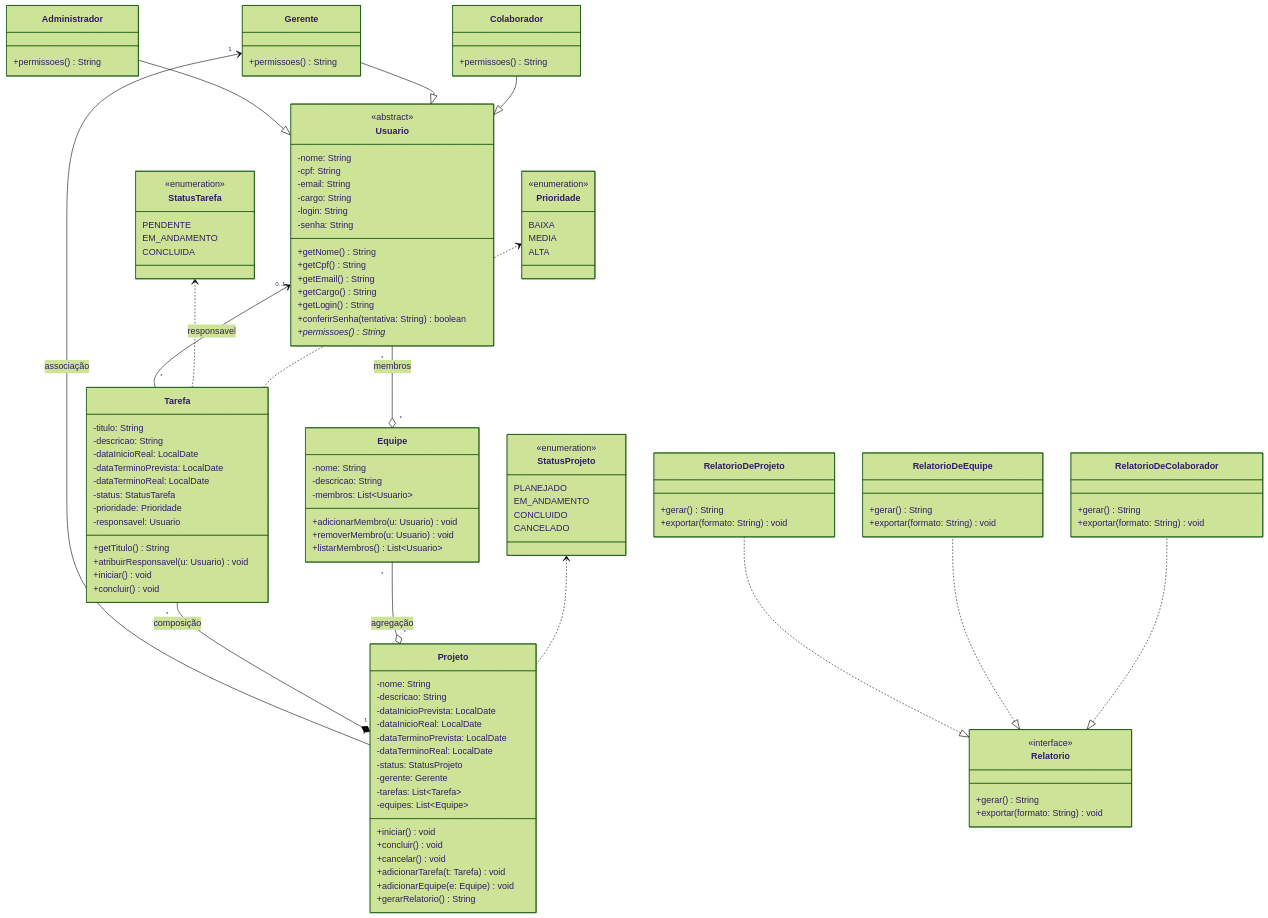
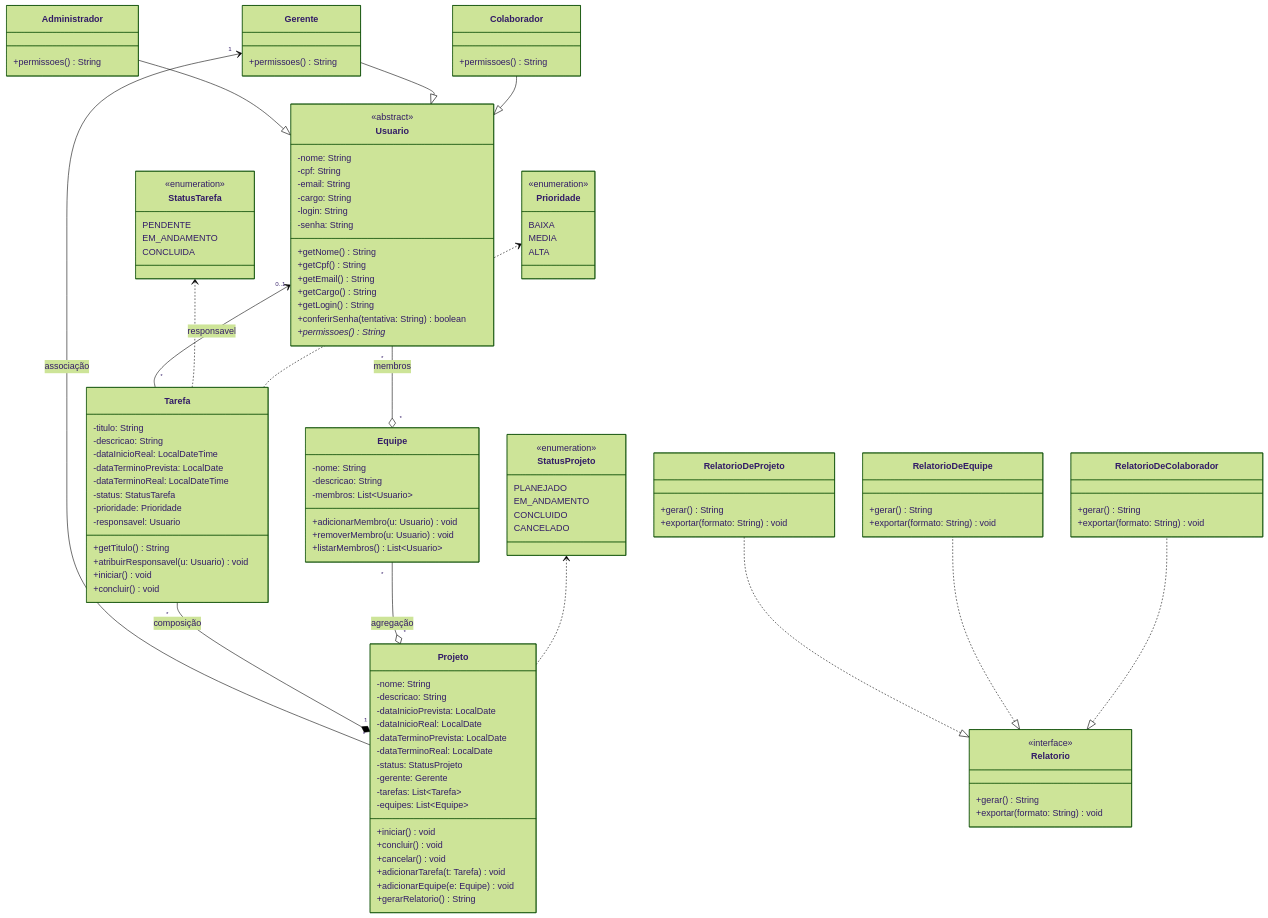
Before and after one commit to nbzabeu-coder/A3_GestaoProjetos: the diagram in design/diagrama-classes.md, drawn with Mermaid (forest theme). The commit also changed 2 other files, not shown here.

Commit message:
Adiciona modelagem do banco de dados (Tarefa 2)

```diff
--- a/design/diagrama-classes.md
+++ b/design/diagrama-classes.md
@@ -68,9 +68,9 @@
     class Tarefa {
         -titulo: String
         -descricao: String
-        -dataInicioReal: LocalDate
+        -dataInicioReal: LocalDateTime
         -dataTerminoPrevista: LocalDate
-        -dataTerminoReal: LocalDate
+        -dataTerminoReal: LocalDateTime
         -status: StatusTarefa
         -prioridade: Prioridade
         -responsavel: Usuario
```
